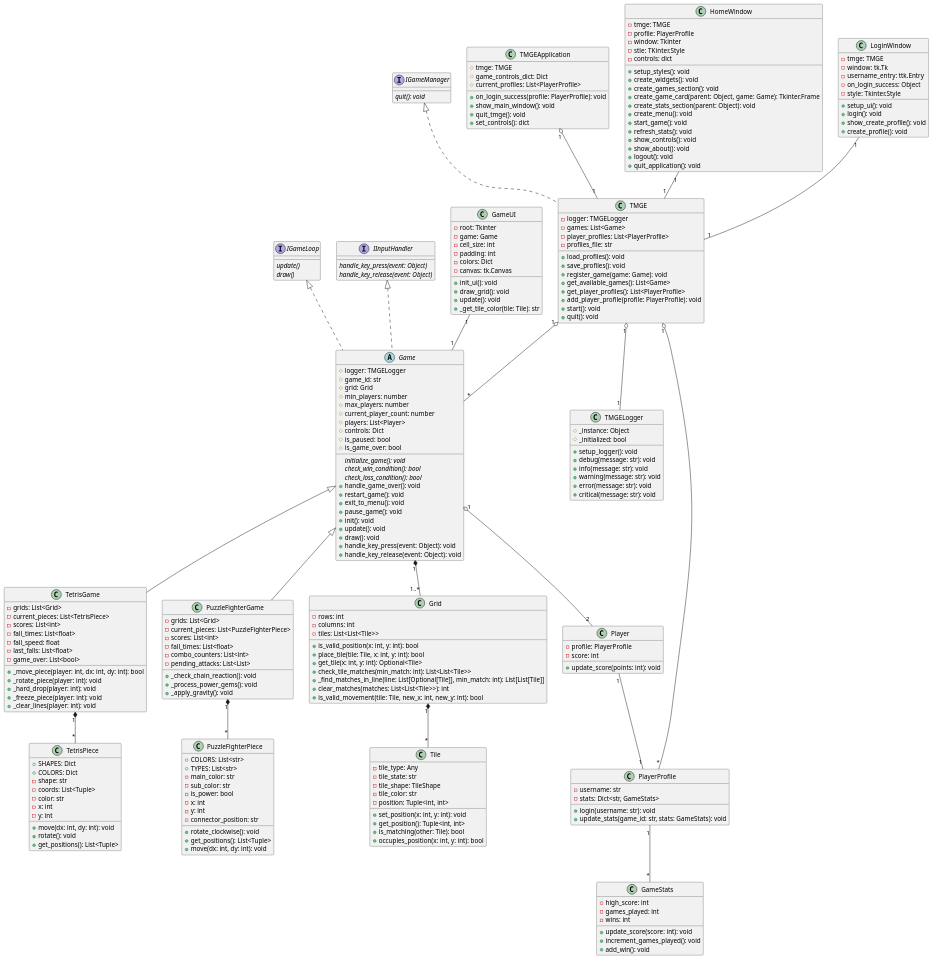
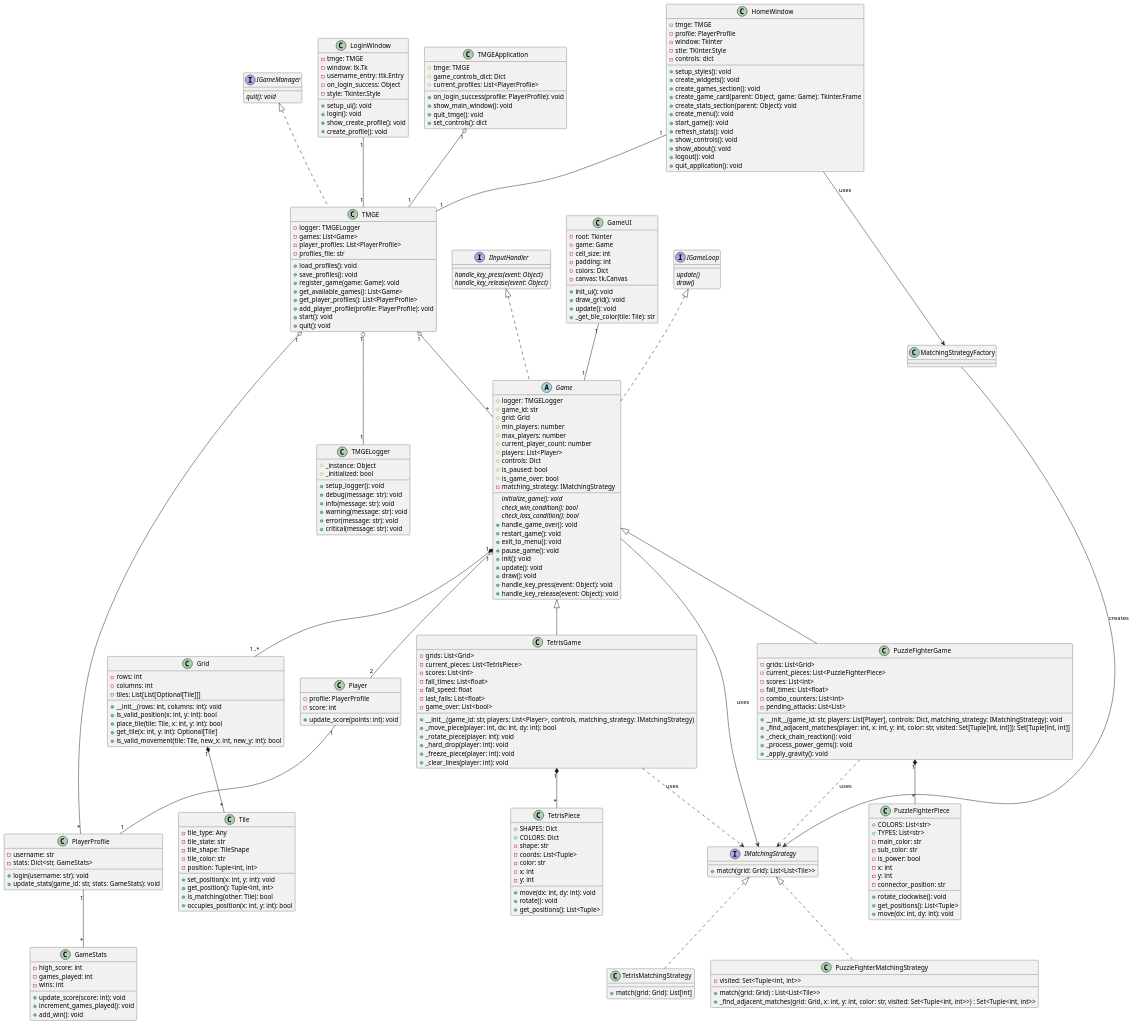
One commit to mcdipples/2d-Tile-GameDev-Ennvironment changed the diagram in uml-final.puml. Above: the diagram before and after it, drawn with PlantUML.

```diff
--- a/uml-final.puml
+++ b/uml-final.puml
@@ -48,6 +48,7 @@
     #controls: Dict
     #is_paused: bool
     #is_game_over: bool
+    -matching_strategy: IMatchingStrategy
     {abstract} initialize_game(): void
     {abstract} check_win_condition(): bool
     {abstract} check_loss_condition(): bool
@@ -70,11 +71,16 @@
     -fall_speed: float
     -last_falls: List<float>
     -game_over: List<bool>
+    + __init__(game_id: str, players: List<Player>, controls, matching_strategy: IMatchingStrategy)
     +_move_piece(player: int, dx: int, dy: int): bool
     +_rotate_piece(player: int): void
     +_hard_drop(player: int): void
     +_freeze_piece(player: int): void
     +_clear_lines(player: int): void
+}
+
+class TetrisMatchingStrategy implements IMatchingStrategy {
+    +match(grid: Grid): List[int]
 }
 
 class PuzzleFighterGame extends Game {
@@ -84,9 +90,17 @@
     -fall_times: List<float>
     -combo_counters: List<int>
     -pending_attacks: List<List>
+    +__init__(game_id: str, players: List[Player], controls: Dict, matching_strategy: IMatchingStrategy): void
+    +_find_adjacent_matches(player: int, x: int, y: int, color: str, visited: Set[Tuple[int, int]]): Set[Tuple[int, int]]
     +_check_chain_reaction(): void
     +_process_power_gems(): void
     +_apply_gravity(): void
+}
+
+class PuzzleFighterMatchingStrategy implements IMatchingStrategy {
+    - visited: Set<Tuple<int, int>>
+    + match(grid: Grid) : List<List<Tile>>
+    + _find_adjacent_matches(grid: Grid, x: int, y: int, color: str, visited: Set<Tuple<int, int>>) : Set<Tuple<int, int>>
 }
 
 ' --- Game Pieces ---
@@ -121,13 +135,11 @@
 class Grid {
     -rows: int
     -columns: int
-    -tiles: List<List<Tile>>
+    -tiles: List[List[Optional[Tile]]]
+    +__init__(rows: int, columns: int): void
     +is_valid_position(x: int, y: int): bool
     +place_tile(tile: Tile, x: int, y: int): bool
-    +get_tile(x: int, y: int): Optional<Tile>
-    +check_tile_matches(min_match: int): List<List<Tile>>
-    +_find_matches_in_line(line: List[Optional[Tile]], min_match: int): List[List[Tile]]
-    +clear_matches(matches: List<List<Tile>>): int
+    +get_tile(x: int, y: int): Optional[Tile]
     +is_valid_movement(tile: Tile, new_x: int, new_y: int): bool
 }
 
@@ -226,7 +238,9 @@
     {abstract} handle_key_release(event: Object)
 }
 
-
+interface IMatchingStrategy {
+    +match(grid: Grid): List<List<Tile>>
+}
 
 ' --- Relationships ---
 TMGEApplication "1" o-- "1" TMGE
@@ -235,12 +249,18 @@
 TMGE "1" o-- "1" TMGELogger
 Game "1" *-- "1..*" Grid
 Game "1" o-- "2" Player
+Game --> IMatchingStrategy : uses
 TetrisGame "1" *-- "*" TetrisPiece
+TetrisGame ..> IMatchingStrategy : uses
 PuzzleFighterGame "1" *-- "*" PuzzleFighterPiece
+PuzzleFighterGame ..> IMatchingStrategy : uses
 Grid "1" *-- "*" Tile
 Player "1" -- "1" PlayerProfile
 PlayerProfile "1" -- "*" GameStats
 HomeWindow "1" -- "1" TMGE
+HomeWindow --> MatchingStrategyFactory : uses
 LoginWindow "1" -- "1" TMGE
 GameUI "1" -- "1" Game
+
+MatchingStrategyFactory --> IMatchingStrategy : creates
 @enduml
```
